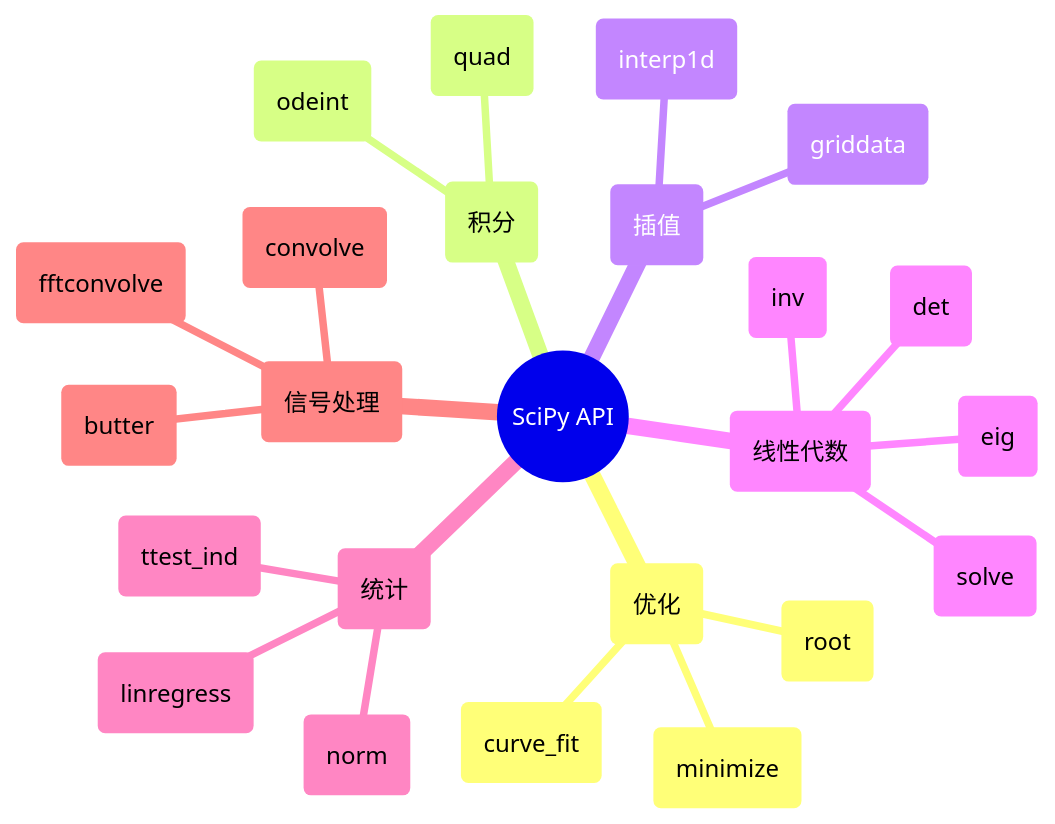
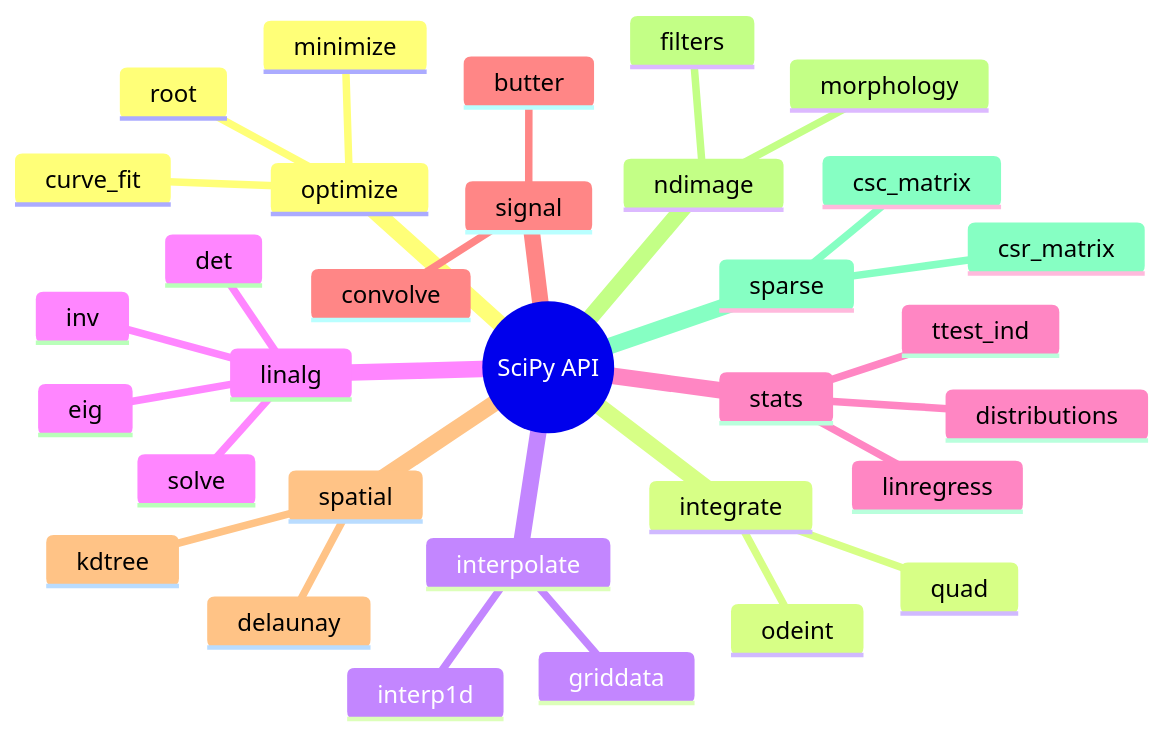
The third of 3 diagrams in docs/data-processing/zh/scipy_evolution_document.zh.md (tt33415366/python_data_process_lib_intro), drawn with Mermaid before and after one commit. The commit also changed other lines of this file, not shown here.

First line of the commit message:
fix(docs-scipy): add missing API mindmap section to zh docs

````diff
--- a/docs/data-processing/zh/scipy_evolution_document.zh.md
+++ b/docs/data-processing/zh/scipy_evolution_document.zh.md
@@ -121,27 +811,35 @@
 ```mermaid
 mindmap
   root((SciPy API))
-    (优化)
-      (minimize)
-      (curve_fit)
-      (root)
-    (积分)
-      (quad)
-      (odeint)
-    (插值)
-      (interp1d)
-      (griddata)
-    (线性代数)
-      (det)
-      (inv)
-      (eig)
-      (solve)
-    (统计)
-      (norm)
-      (ttest_ind)
-      (linregress)
-    (信号处理)
-      (convolve)
-      (fftconvolve)
-      (butter)
+    optimize
+      minimize
+      curve_fit
+      root
+    integrate
+      quad
+      odeint
+    interpolate
+      interp1d
+      griddata
+    linalg
+      det
+      inv
+      solve
+      eig
+    stats
+      distributions
+      ttest_ind
+      linregress
+    signal
+      convolve
+      butter
+    spatial
+      kdtree
+      delaunay
+    ndimage
+      filters
+      morphology
+    sparse
+      csr_matrix
+      csc_matrix
 ```
````
